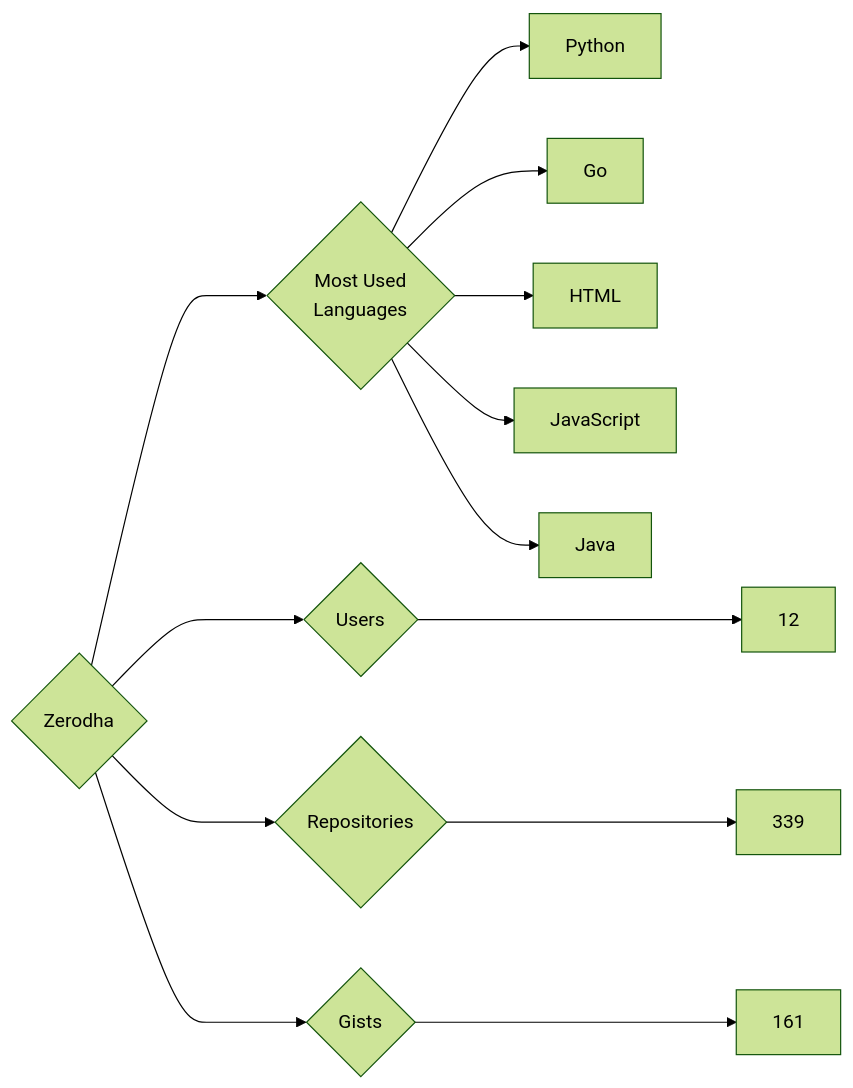
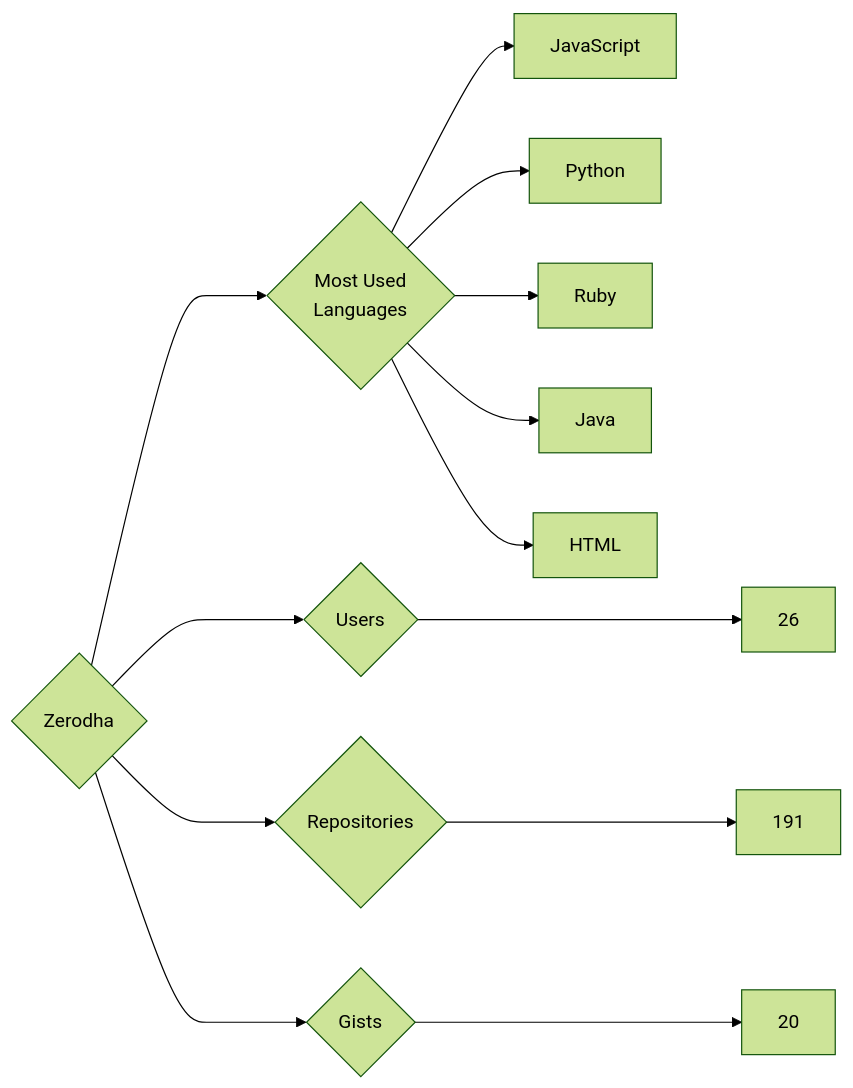
The diagram in targets/Zerodha/README.md (trickest/insiders), drawn with Mermaid (forest theme) before and after one commit. The commit also changed 582 other files, not shown here.

````diff
--- a/targets/Zerodha/README.md
+++ b/targets/Zerodha/README.md
@@ -3,13 +3,13 @@
 ```mermaid
 graph LR
 COMPANY_NAME{Zerodha}
-COMPANY_NAME ---> U{Users} ---> UN[12]
-COMPANY_NAME ---> R{Repositories} ---> RN[339]
-COMPANY_NAME ---> G{Gists} ---> GN[161]
+COMPANY_NAME ---> U{Users} ---> UN[26]
+COMPANY_NAME ---> R{Repositories} ---> RN[191]
+COMPANY_NAME ---> G{Gists} ---> GN[20]
 COMPANY_NAME ---> ML{Most Used<br>Languages}
+ML --> JavaScript[JavaScript]
 ML --> Python[Python]
-ML --> Go[Go]
+ML --> Ruby[Ruby]
+ML --> Java[Java]
 ML --> HTML[HTML]
-ML --> JavaScript[JavaScript]
-ML --> Java[Java]
 ```
````
